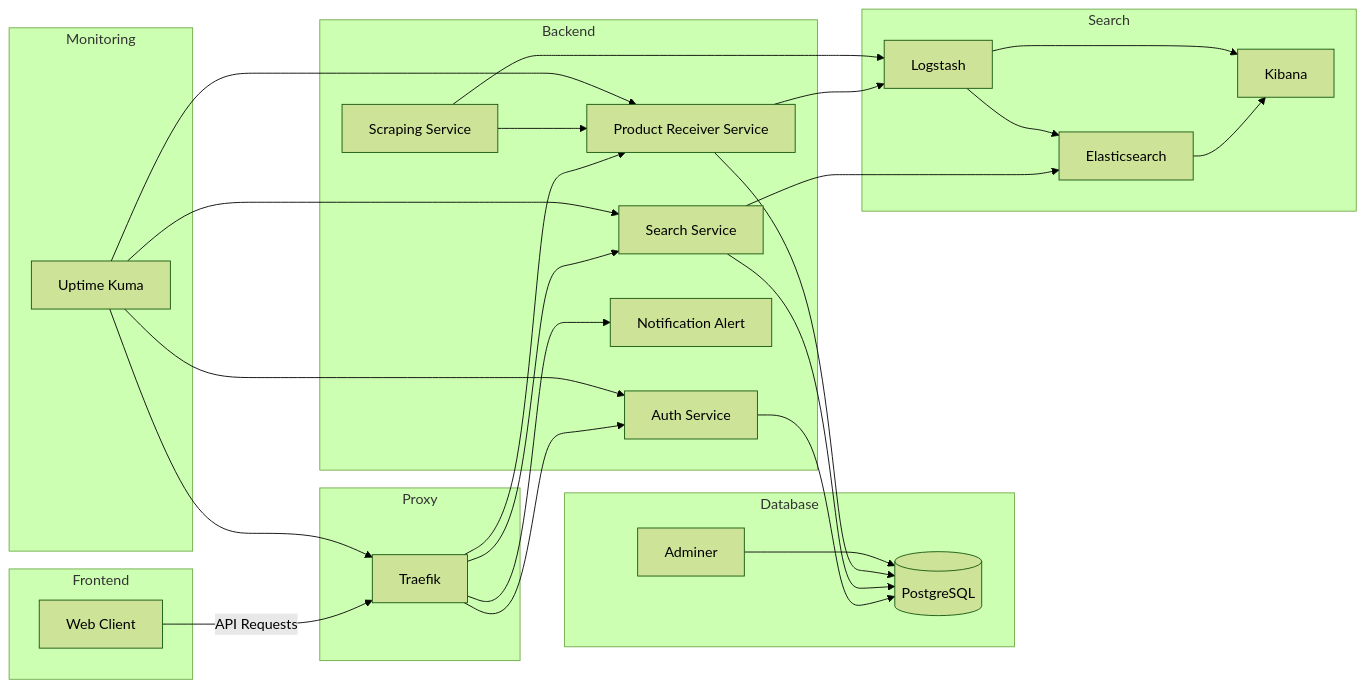
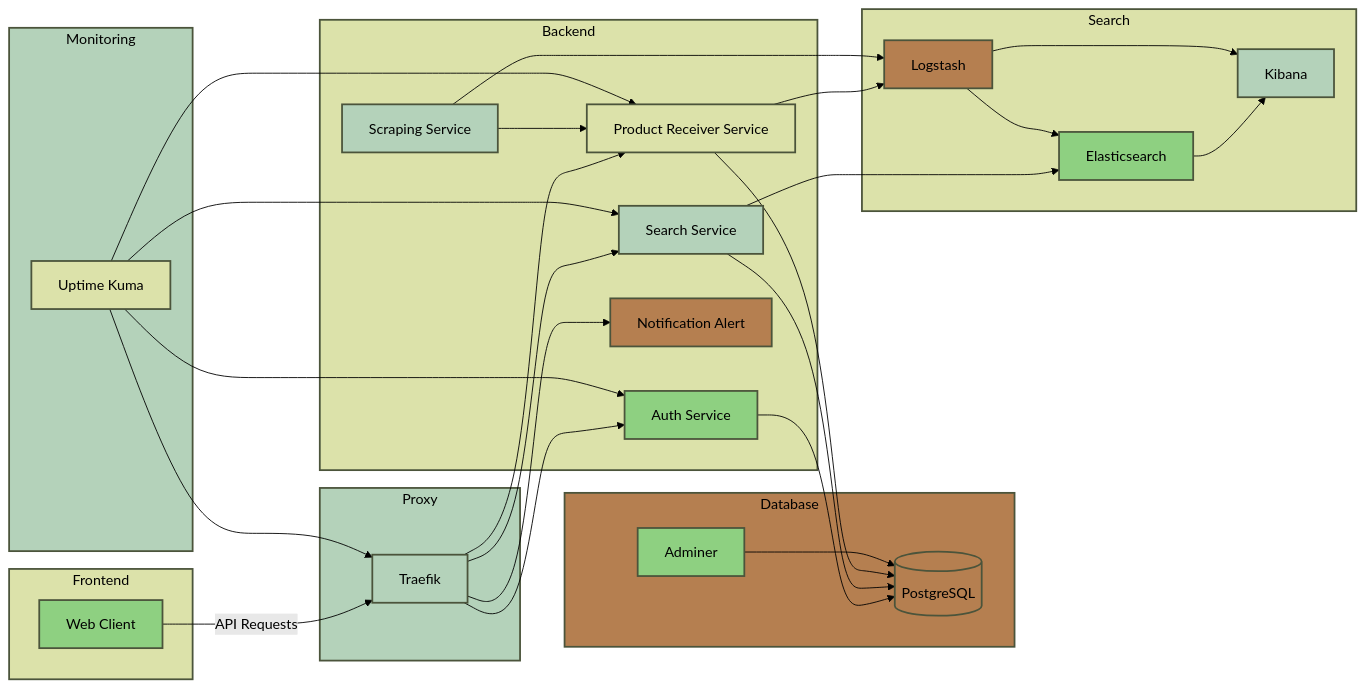
Before and after one commit to open-liiist/deprecated-open-liiist: the diagram in README.md, drawn with Mermaid (forest theme).

````diff
--- a/README.md
+++ b/README.md
@@ -10,34 +10,53 @@
 flowchart LR
     %% Define subgraphs for logical grouping
     subgraph Frontend
+        style Frontend fill:#DCE2AA,stroke:#4B543B,stroke-width:2px,color:#000
         WebClient[Web Client]
+        style WebClient fill:#8ED081,stroke:#4B543B,stroke-width:2px,color:#000
     end
 
     subgraph Proxy
+        style Proxy fill:#B4D2BA,stroke:#4B543B,stroke-width:2px,color:#000
         Traefik[Traefik]
+        style Traefik fill:#B4D2BA,stroke:#4B543B,stroke-width:2px,color:#000
     end
 
     subgraph Backend
+        style Backend fill:#DCE2AA,stroke:#4B543B,stroke-width:2px,color:#000
         AuthService[Auth Service]
+        style AuthService fill:#8ED081,stroke:#4B543B,stroke-width:2px,color:#000
         SearchService[Search Service]
+        style SearchService fill:#B4D2BA,stroke:#4B543B,stroke-width:2px,color:#000
         ProductReceiver[Product Receiver Service]
+        style ProductReceiver fill:#DCE2AA,stroke:#4B543B,stroke-width:2px,color:#000
         NotificationAlert[Notification Alert]
+        style NotificationAlert fill:#B57F50,stroke:#4B543B,stroke-width:2px,color:#000
         ScrapingService[Scraping Service]
+        style ScrapingService fill:#B4D2BA,stroke:#4B543B,stroke-width:2px,color:#000
     end
 
     subgraph Database
+        style Database fill:#B57F50,stroke:#4B543B,stroke-width:2px,color:#000
         DB[(PostgreSQL)]
+        style DB fill:#B57F50,stroke:#4B543B,stroke-width:2px,color:#000
         Adminer[Adminer]
+        style Adminer fill:#8ED081,stroke:#4B543B,stroke-width:2px,color:#000
     end
 
     subgraph Search
+        style Search fill:#DCE2AA,stroke:#4B543B,stroke-width:2px,color:#000
         Elasticsearch[Elasticsearch]
+        style Elasticsearch fill:#8ED081,stroke:#4B543B,stroke-width:2px,color:#000
         Logstash[Logstash]
+        style Logstash fill:#B57F50,stroke:#4B543B,stroke-width:2px,color:#000
         Kibana[Kibana]
+        style Kibana fill:#B4D2BA,stroke:#4B543B,stroke-width:2px,color:#000
     end
 
     subgraph Monitoring
+        style Monitoring fill:#B4D2BA,stroke:#4B543B,stroke-width:2px,color:#000
         UptimeKuma[Uptime Kuma]
+        style UptimeKuma fill:#DCE2AA,stroke:#4B543B,stroke-width:2px,color:#000
     end
 
     %% Frontend to Proxy
@@ -72,5 +91,7 @@
     %% Logging
     Logstash --> Kibana
 
+    %% Set line colors to black
+    linkStyle default stroke:#000,stroke-width:1px
 
 ```
````
